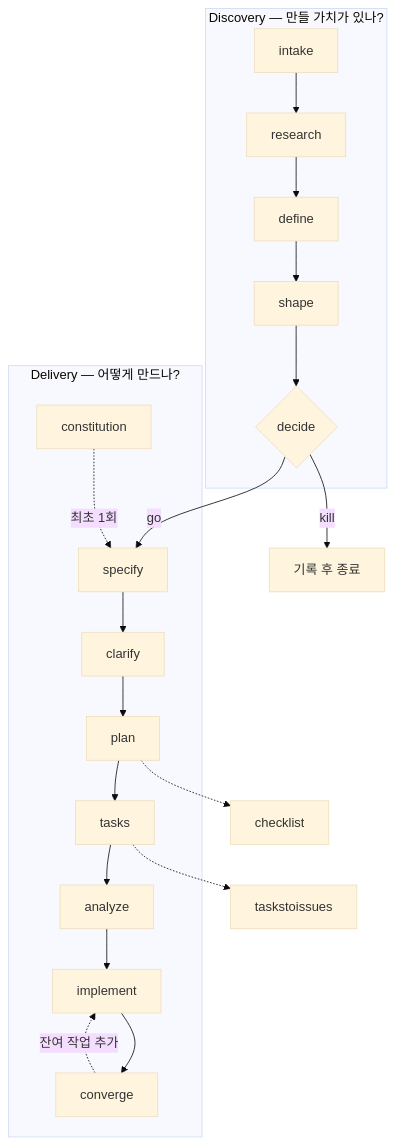
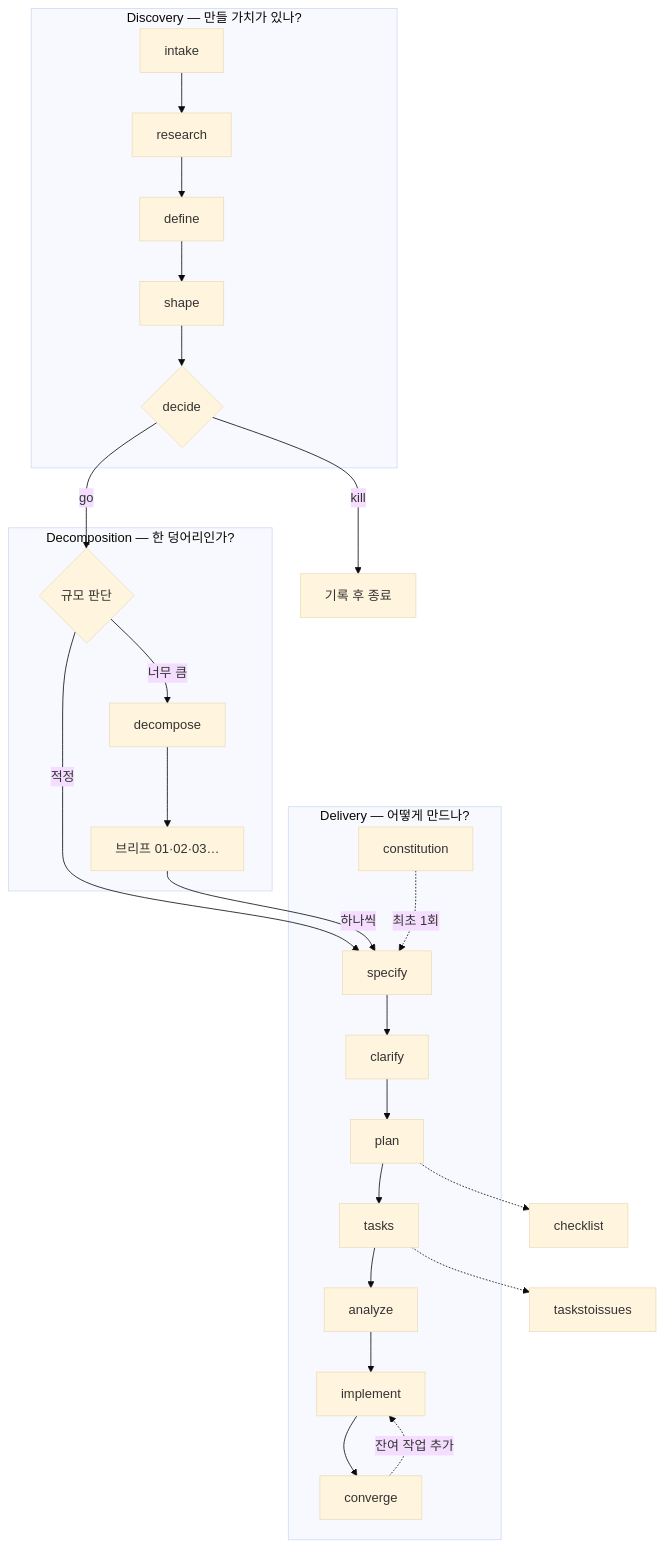
Before and after one commit to 2024YSJ/PaperGraph_Framework: the diagram in docs/speckit/README.md, drawn with Mermaid (base theme). The commit also changed other lines of this file and 4 other files, not shown here.

````diff
--- a/docs/speckit/README.md
+++ b/docs/speckit/README.md
@@ -26,23 +28,31 @@
 ```mermaid
 flowchart TD
     subgraph D["Discovery — 만들 가치가 있나?"]
         A1[intake] --> A2[research] --> A3[define] --> A4[shape] --> A5{decide}
     end
 
     A5 -->|kill| X[기록 후 종료]
-    A5 -->|go| S
+    A5 -->|go| DC
+
+    subgraph DEC["Decomposition — 한 덩어리인가?"]
+        DC{규모 판단} -->|너무 큼| DP[decompose]
+        DP --> BR["브리프 01·02·03…"]
+    end
+
+    DC -->|적정| S
+    BR -->|하나씩| S
 
     subgraph V["Delivery — 어떻게 만드나?"]
         C[constitution] -.최초 1회.-> S[specify]
         S --> CL[clarify]
         CL --> P[plan]
         P --> T[tasks]
         T --> AN[analyze]
         AN --> I[implement]
         I --> CV[converge]
         CV -.잔여 작업 추가.-> I
     end
 
     P -.-> CK[checklist]
     T -.-> TI[taskstoissues]
 ```
````
